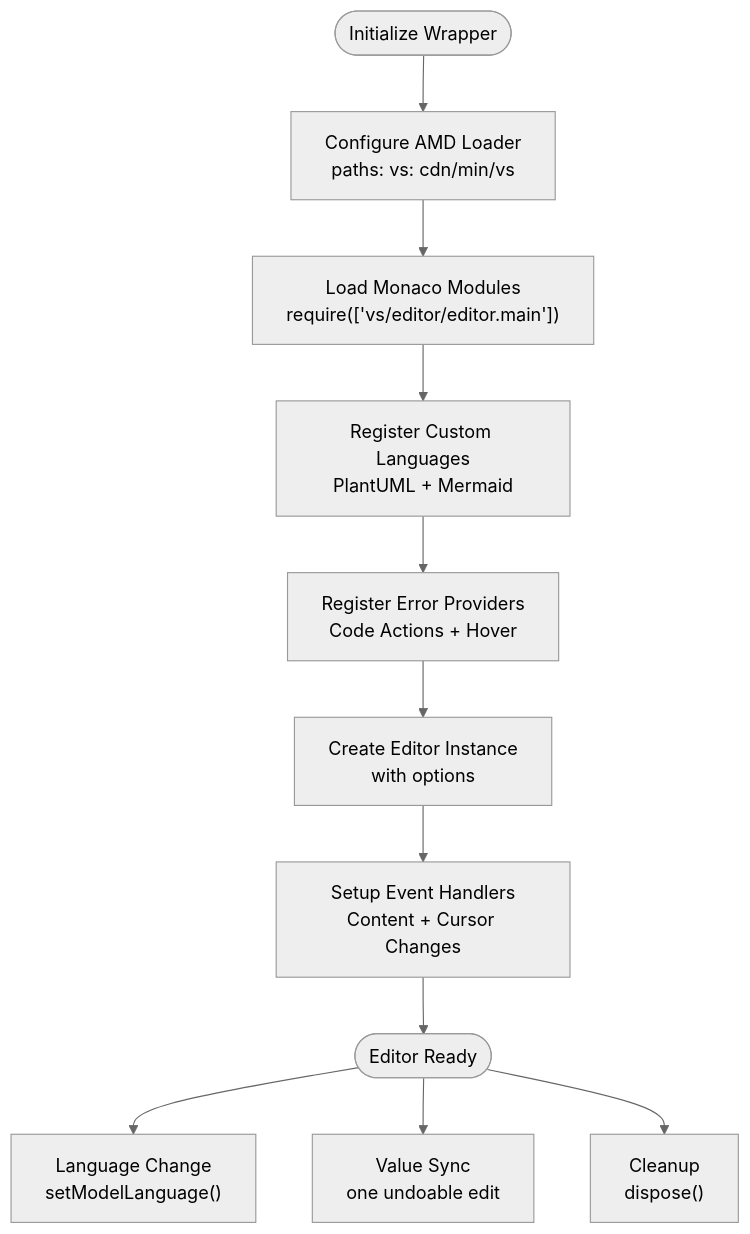
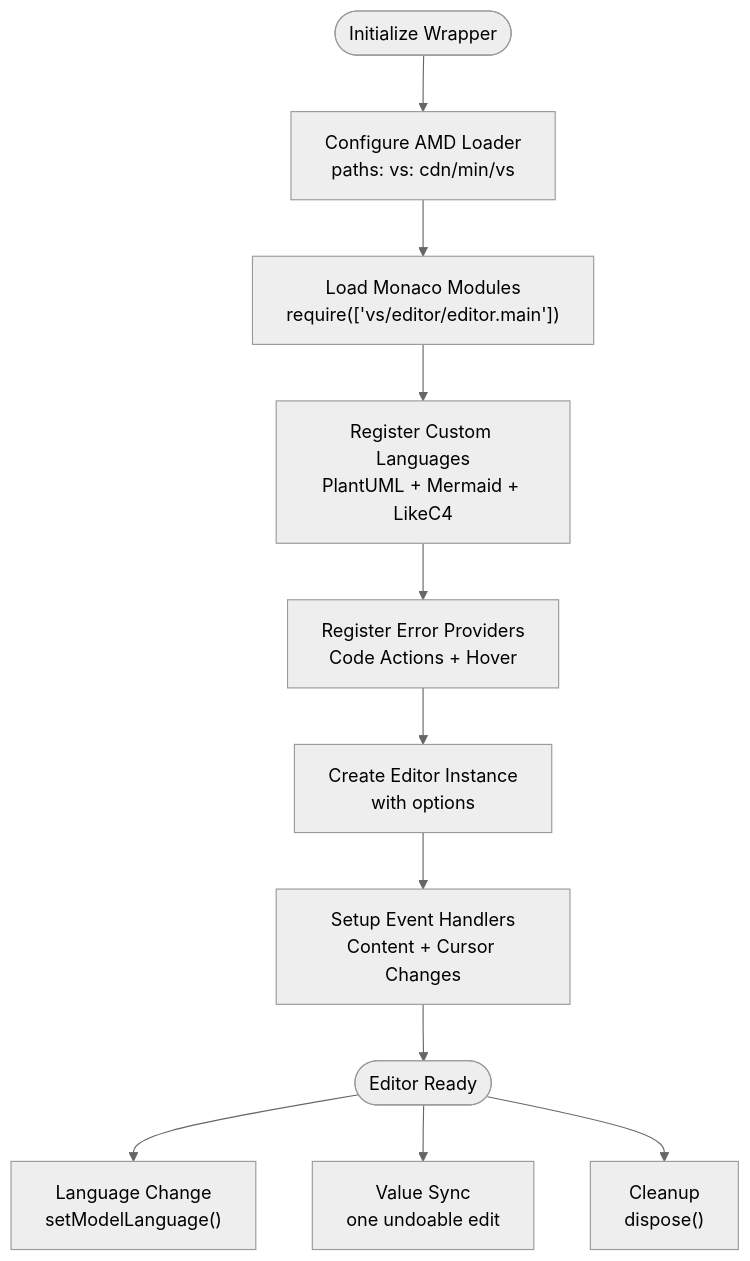
One commit to ongchonghian/universal-diagram-editor changed the third of 4 diagrams in .qoder/repowiki/en/content/Editor Architecture/Monaco Editor Integration.md. Above: the diagram before and after it, drawn with Mermaid (neutral theme). The commit also changed other lines of this file and 31 other files, not shown here.

````diff
--- a/.qoder/repowiki/en/content/Editor Architecture/Monaco Editor Integration.md
+++ b/.qoder/repowiki/en/content/Editor Architecture/Monaco Editor Integration.md
@@ -223,13 +220,13 @@
 ```mermaid
 flowchart TD
 Start([Initialize Wrapper]) --> ConfigAMD["Configure AMD Loader<br/>paths: vs: cdn/min/vs"]
 ConfigAMD --> LoadMonaco["Load Monaco Modules<br/>require(['vs/editor/editor.main'])"]
-LoadMonaco --> RegisterLangs["Register Custom Languages<br/>PlantUML + Mermaid"]
+LoadMonaco --> RegisterLangs["Register Custom Languages<br/>PlantUML + Mermaid + LikeC4"]
 RegisterLangs --> RegisterProviders["Register Error Providers<br/>Code Actions + Hover"]
 RegisterProviders --> CreateEditor["Create Editor Instance<br/>with options"]
 CreateEditor --> SetupEvents["Setup Event Handlers<br/>Content + Cursor Changes"]
 SetupEvents --> Ready([Editor Ready])
 Ready --> UpdateLang["Language Change<br/>setModelLanguage()"]
 Ready --> SyncValue["Value Sync<br/>one undoable edit"]
 Ready --> Cleanup["Cleanup<br/>dispose()"]
 ```
````
